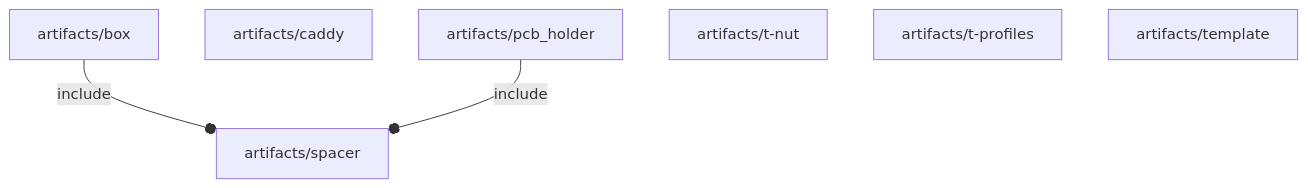
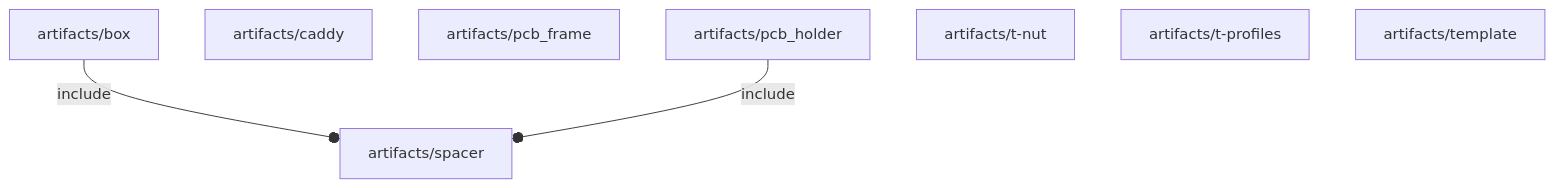
Before and after one commit to ggabbiani/OFL: the diagram in orthodocs/artifacts/deps.md, drawn with Mermaid. The commit also changed 10 other files, not shown here.

````diff
--- a/orthodocs/artifacts/deps.md
+++ b/orthodocs/artifacts/deps.md
@@ -3,10 +3,11 @@
 ```mermaid
 graph TD
     A1[artifacts/box] --o|include| A2[artifacts/spacer]
     A3[artifacts/caddy]
-    A4[artifacts/pcb_holder] --o|include| A2
+    A4[artifacts/pcb_frame]
+    A5[artifacts/pcb_holder] --o|include| A2
     A2
-    A5[artifacts/t-nut]
-    A6[artifacts/t-profiles]
-    A7[artifacts/template]
+    A6[artifacts/t-nut]
+    A7[artifacts/t-profiles]
+    A8[artifacts/template]
 ```
````
